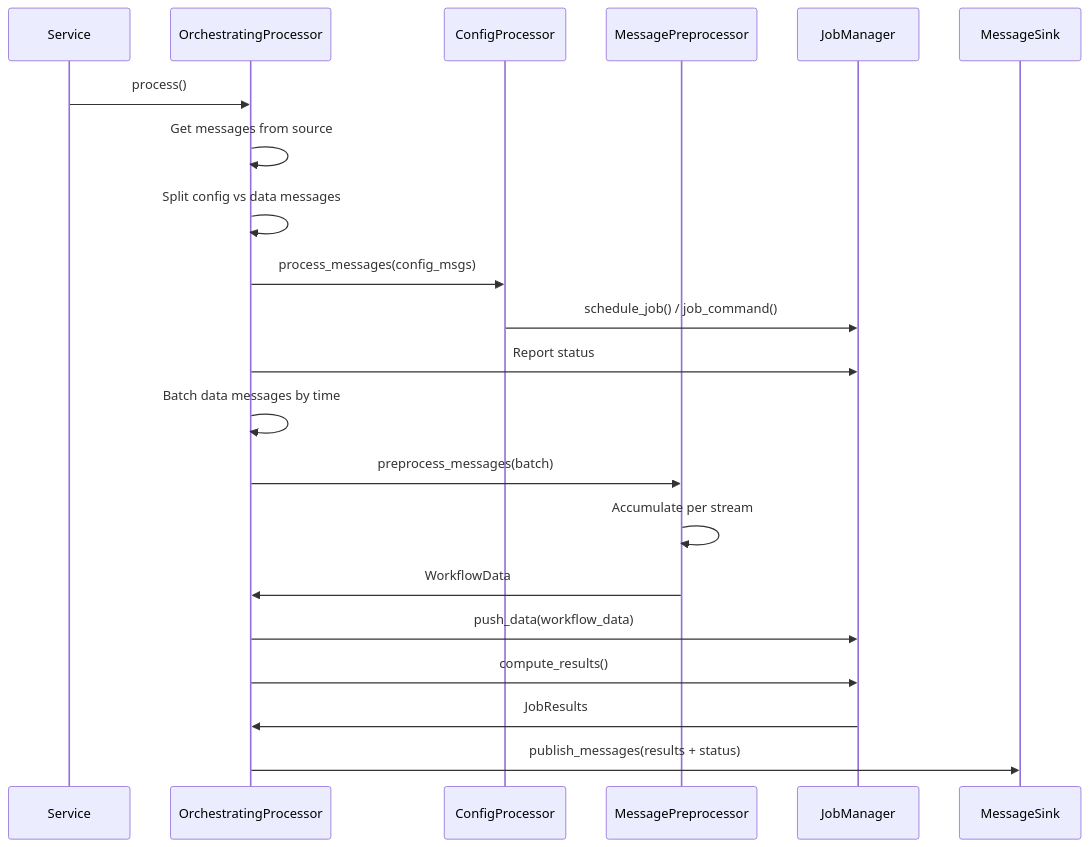
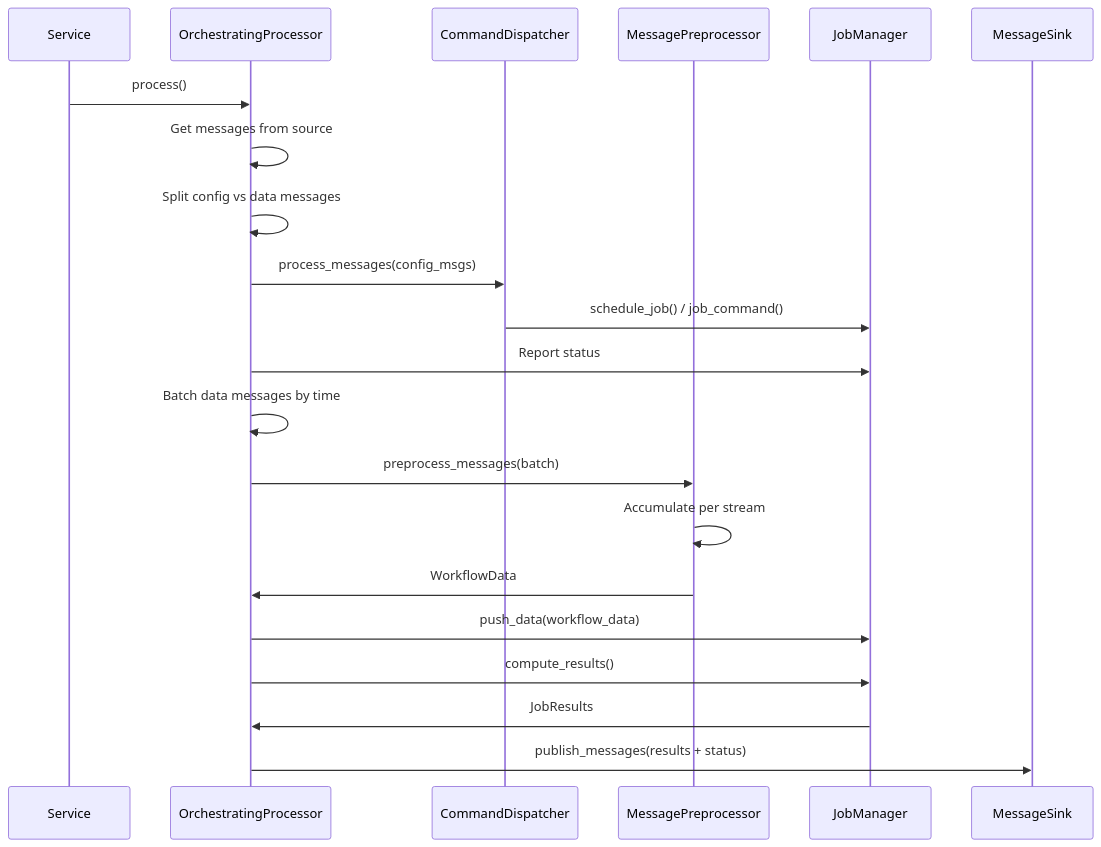
The second of 3 diagrams in docs/developer/design/backend-service-architecture.md (scipp/esslivedata), drawn with Mermaid before and after one commit. The commit also changed other lines of this file and 157 other files, not shown here.

````diff
--- a/docs/developer/design/backend-service-architecture.md
+++ b/docs/developer/design/backend-service-architecture.md
@@ -112,24 +112,24 @@
 ```mermaid
 sequenceDiagram
     participant S as Service
     participant OP as OrchestratingProcessor
-    participant CP as ConfigProcessor
+    participant CP as CommandDispatcher
     participant MP as MessagePreprocessor
     participant JM as JobManager
     participant Sink as MessageSink
 
     S->>OP: process()
     OP->>OP: Get messages from source
     OP->>OP: Split config vs data messages
     OP->>CP: process_messages(config_msgs)
     CP->>JM: schedule_job() / job_command()
     OP->>JM: Report status
     OP->>OP: Batch data messages by time
     OP->>MP: preprocess_messages(batch)
     MP->>MP: Accumulate per stream
     MP->>OP: WorkflowData
     OP->>JM: push_data(workflow_data)
     OP->>JM: compute_results()
     JM->>OP: JobResults
     OP->>Sink: publish_messages(results + status)
 ```
````
